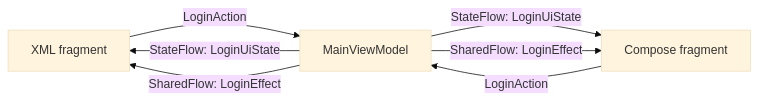
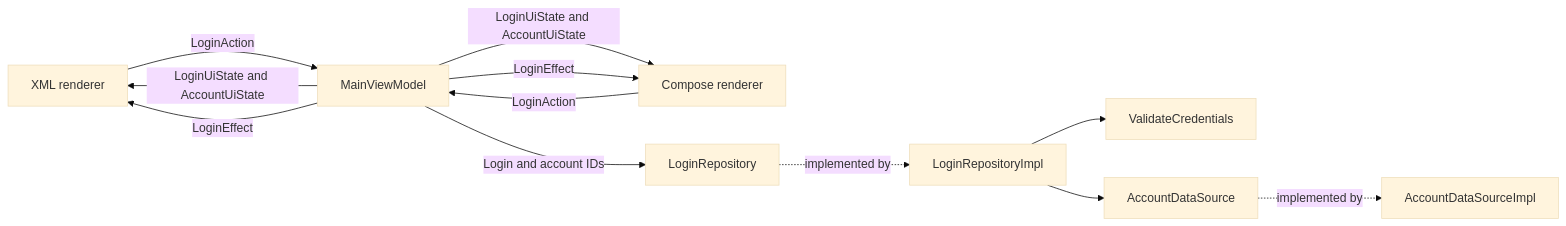
The diagram in README.md (GetRighhttt/Stefan-Mvvm-2026), drawn with Mermaid (base theme) before and after one commit. The commit also changed other lines of this file and 87 other files, not shown here.

````diff
--- a/README.md
+++ b/README.md
@@ -19,9 +41,14 @@
 ```mermaid
 flowchart LR
-    XML[XML fragment] -->|LoginAction| VM[MainViewModel]
-    Compose[Compose fragment] -->|LoginAction| VM
-    VM -->|StateFlow: LoginUiState| XML
-    VM -->|StateFlow: LoginUiState| Compose
-    VM -->|SharedFlow: LoginEffect| XML
-    VM -->|SharedFlow: LoginEffect| Compose
+    XML[XML renderer] -->|LoginAction| VM[MainViewModel]
+    Compose[Compose renderer] -->|LoginAction| VM
+    VM -->|LoginUiState and AccountUiState| XML
+    VM -->|LoginUiState and AccountUiState| Compose
+    VM -->|LoginEffect| XML
+    VM -->|LoginEffect| Compose
+    VM -->|Login and account IDs| Contract[LoginRepository]
+    Contract -. implemented by .-> Repository[LoginRepositoryImpl]
+    Repository --> Rules[ValidateCredentials]
+    Repository --> Source[AccountDataSource]
+    Source -. implemented by .-> Simulation[AccountDataSourceImpl]
 ```
````
